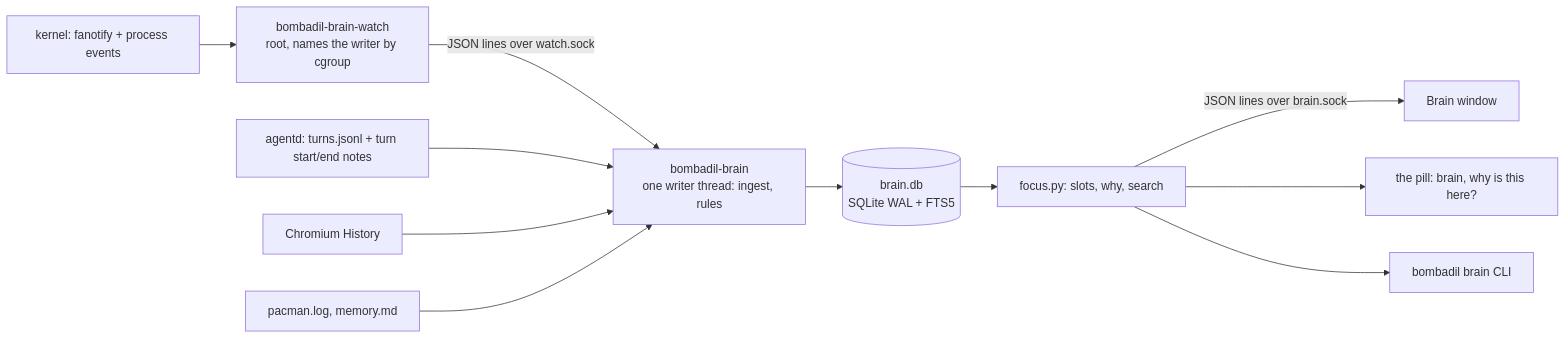
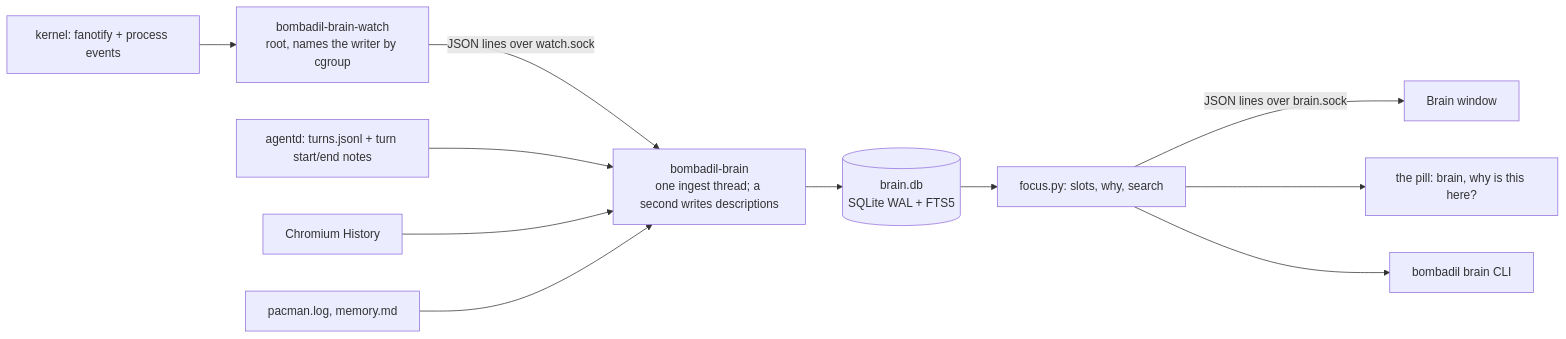
Before and after one commit to thedefaultman/Bombadil: the diagram in docs/BRAIN.md, drawn with Mermaid. The commit also changed other lines of this file and 1 other file, not shown here.

First line of the commit message:
docs: correct the mail and brain contract pages where the code differs

````diff
--- a/docs/BRAIN.md
+++ b/docs/BRAIN.md
@@ -61,13 +62,13 @@
 ```mermaid
 flowchart LR
   K[kernel: fanotify + process events] --> W[bombadil-brain-watch<br/>root, names the writer by cgroup]
   W -- JSON lines over watch.sock --> S
   T[agentd: turns.jsonl + turn start/end notes] --> S
   H[Chromium History] --> S
   P[pacman.log, memory.md] --> S
-  S[bombadil-brain<br/>one writer thread: ingest, rules] --> D[(brain.db<br/>SQLite WAL + FTS5)]
+  S[bombadil-brain<br/>one ingest thread; a second writes descriptions] --> D[(brain.db<br/>SQLite WAL + FTS5)]
   D --> F[focus.py: slots, why, search]
   F -- JSON lines over brain.sock --> A[Brain window]
   F --> L[the pill: brain, why is this here?]
   F --> C[bombadil brain CLI]
 ```
````
